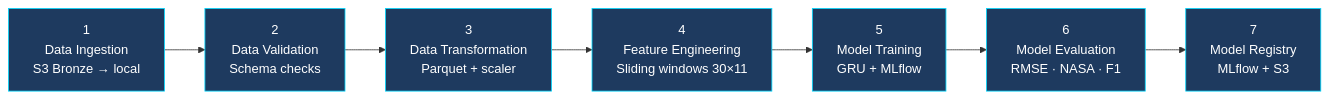
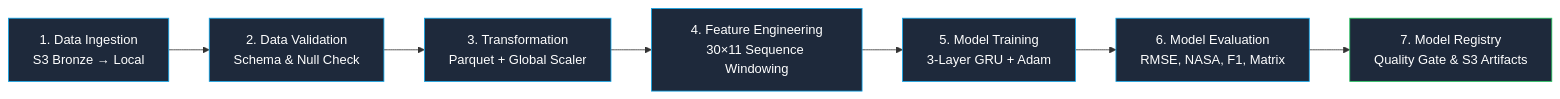
Before and after one commit to nasim-raj-laskar/Engine-RUL-Forcasting-system: the first of 2 diagrams in README.md, drawn with Mermaid. The commit also changed other lines of this file and 11 other files, not shown here.

````diff
--- a/README.md
+++ b/README.md
@@ -123,18 +94,17 @@
 ```mermaid
 flowchart LR
-    S1[1\nData Ingestion\nS3 Bronze → local] -->
-    S2[2\nData Validation\nSchema checks] -->
-    S3[3\nData Transformation\nParquet + scaler] -->
-    S4[4\nFeature Engineering\nSliding windows 30×11] -->
-    S5[5\nModel Training\nGRU + MLflow] -->
-    S6[6\nModel Evaluation\nRMSE · NASA · F1] -->
-    S7[7\nModel Registry\nMLflow + S3]
+    S1["1. Data Ingestion\nS3 Bronze → Local"] --> S2["2. Data Validation\nSchema & Null Check"]
+    S2 --> S3["3. Transformation\nParquet + Global Scaler"]
+    S3 --> S4["4. Feature Engineering\n30×11 Sequence Windowing"]
+    S4 --> S5["5. Model Training\n3-Layer GRU + Adam"]
+    S5 --> S6["6. Model Evaluation\nRMSE, NASA, F1, Matrix"]
+    S6 --> S7["7. Model Registry\nQuality Gate & S3 Artifacts"]
 
-    style S1 fill:#1e3a5f,color:#fff,stroke:#00d9ff
-    style S2 fill:#1e3a5f,color:#fff,stroke:#00d9ff
-    style S3 fill:#1e3a5f,color:#fff,stroke:#00d9ff
-    style S4 fill:#1e3a5f,color:#fff,stroke:#00d9ff
-    style S5 fill:#1e3a5f,color:#fff,stroke:#00d9ff
-    style S6 fill:#1e3a5f,color:#fff,stroke:#00d9ff
-    style S7 fill:#1e3a5f,color:#fff,stroke:#00d9ff
+    style S1 fill:#1e293b,stroke:#0ea5e9,color:#fff
+    style S2 fill:#1e293b,stroke:#0ea5e9,color:#fff
+    style S3 fill:#1e293b,stroke:#0ea5e9,color:#fff
+    style S4 fill:#1e293b,stroke:#0ea5e9,color:#fff
+    style S5 fill:#1e293b,stroke:#0ea5e9,color:#fff
+    style S6 fill:#1e293b,stroke:#0ea5e9,color:#fff
+    style S7 fill:#1e293b,stroke:#22c55e,color:#fff
 ```
````
